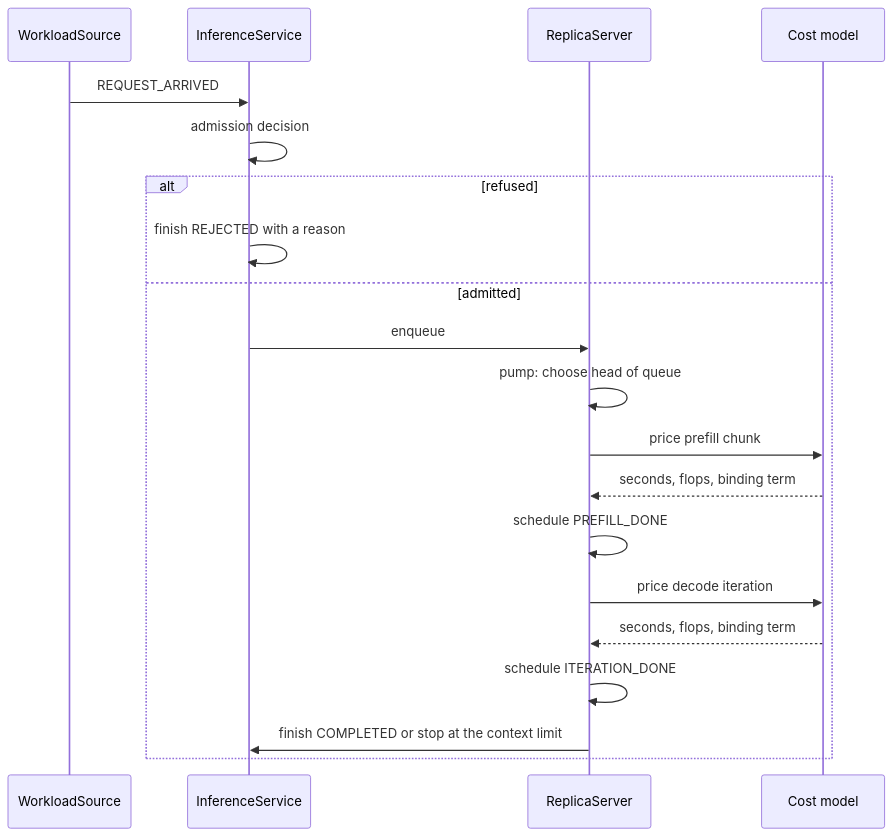
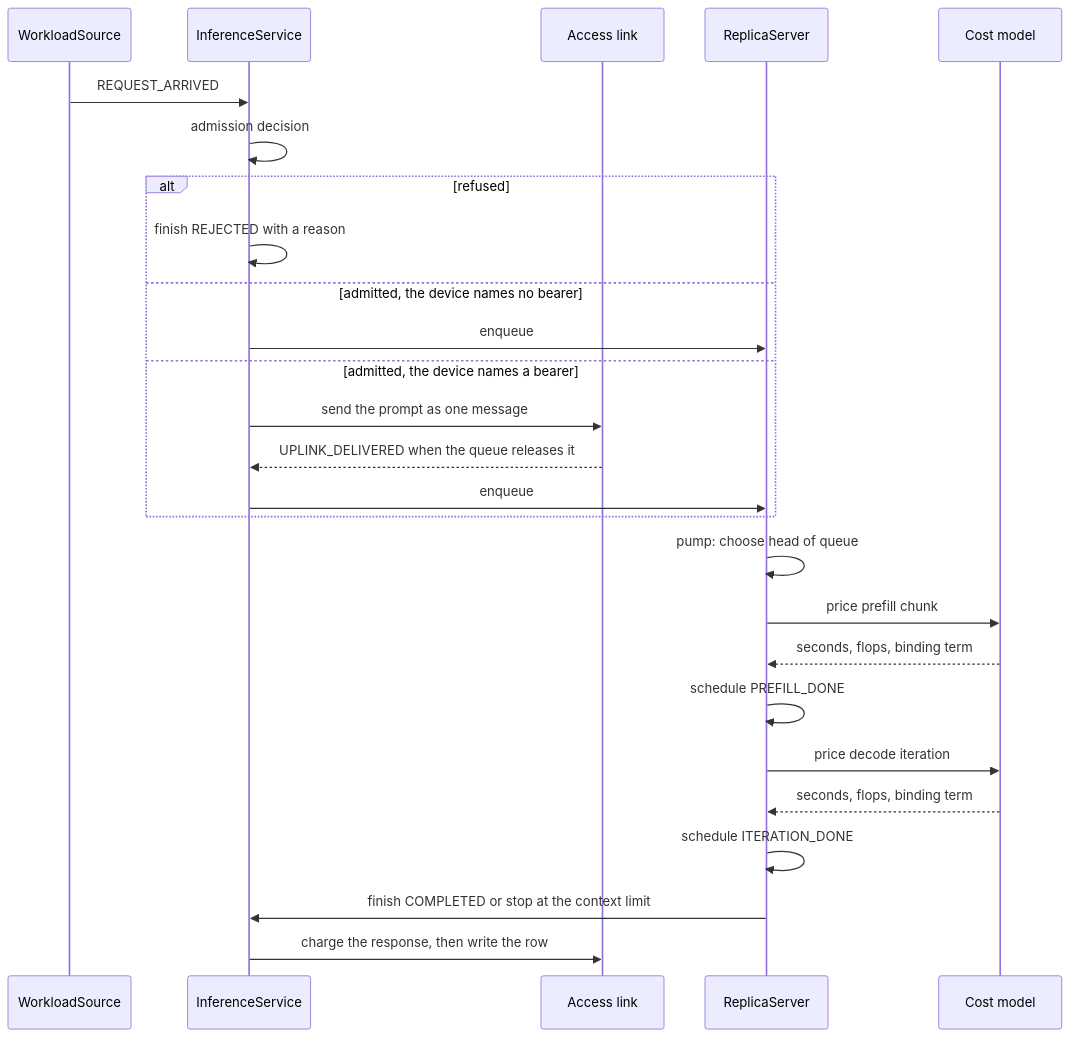
The second of 4 diagrams in docs/architecture.md (CharafeddineMechalikh/Docket), drawn with Mermaid before and after one commit. The commit also changed other lines of this file and 125 other files, not shown here.

Commit message:
Add heterogeneous fleets, a store-and-forward access link and prefill/decode disaggregation with examples 10 to 13, on PureEdgeSim 6.1

````diff
--- a/docs/architecture.md
+++ b/docs/architecture.md
@@ -69,22 +72,28 @@
 ```mermaid
 sequenceDiagram
   participant S as WorkloadSource
   participant V as InferenceService
+  participant L as Access link
   participant R as ReplicaServer
   participant C as Cost model
   S->>V: REQUEST_ARRIVED
   V->>V: admission decision
   alt refused
     V->>V: finish REJECTED with a reason
-  else admitted
+  else admitted, the device names no bearer
     V->>R: enqueue
-    R->>R: pump: choose head of queue
-    R->>C: price prefill chunk
-    C-->>R: seconds, flops, binding term
-    R->>R: schedule PREFILL_DONE
-    R->>C: price decode iteration
-    C-->>R: seconds, flops, binding term
-    R->>R: schedule ITERATION_DONE
-    R->>V: finish COMPLETED or stop at the context limit
+  else admitted, the device names a bearer
+    V->>L: send the prompt as one message
+    L-->>V: UPLINK_DELIVERED when the queue releases it
+    V->>R: enqueue
   end
+  R->>R: pump: choose head of queue
+  R->>C: price prefill chunk
+  C-->>R: seconds, flops, binding term
+  R->>R: schedule PREFILL_DONE
+  R->>C: price decode iteration
+  C-->>R: seconds, flops, binding term
+  R->>R: schedule ITERATION_DONE
+  R->>V: finish COMPLETED or stop at the context limit
+  V->>L: charge the response, then write the row
 ```
````
